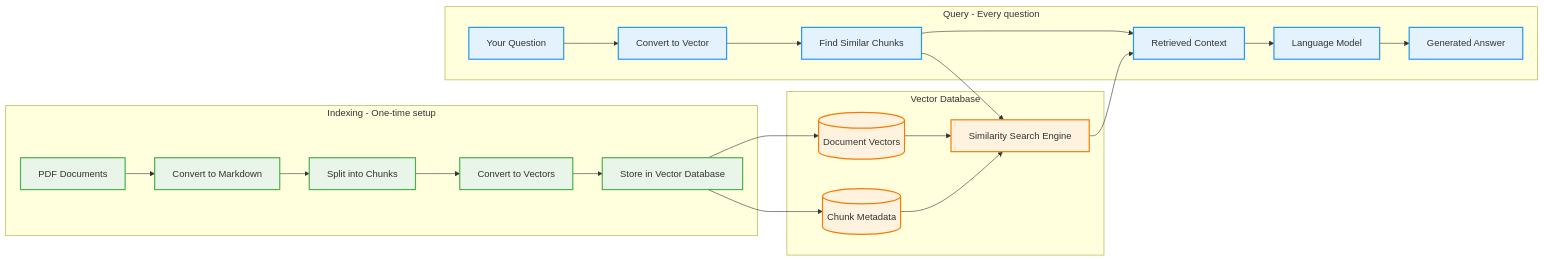
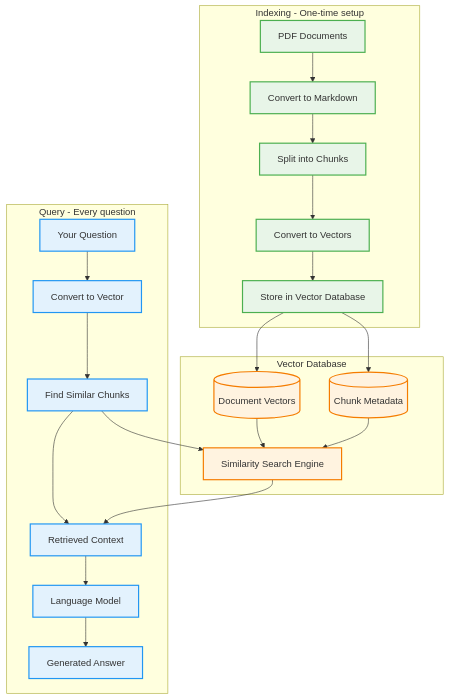
The diagram in README.md (GRJX/rag-chat), drawn with Mermaid before and after one commit. The commit also changed other lines of this file and 7 other files, not shown here.

````diff
--- a/README.md
+++ b/README.md
@@ -9,39 +9,39 @@
 ```mermaid
-flowchart LR
+flowchart TD
     subgraph INDEXING ["Indexing - One-time setup"]
         FILES[PDF Documents] --> MD[Convert to Markdown]
         MD --> CHUNK[Split into Chunks]
         CHUNK --> EMBED[Convert to Vectors]
         EMBED --> STORE[Store in Vector Database]
     end
 
     subgraph QUERY ["Query - Every question"]
         QUESTION[Your Question] --> QEMBED[Convert to Vector]
         QEMBED --> SEARCH[Find Similar Chunks]
         SEARCH --> CONTEXT[Retrieved Context]
         CONTEXT --> LLM[Language Model]
         LLM --> ANSWER[Generated Answer]
     end
 
     subgraph DATABASE ["Vector Database"]
         VECTORS[(Document Vectors)]
         METADATA[(Chunk Metadata)]
         SIMILARITY[Similarity Search Engine]
     end
 
     STORE --> VECTORS
     STORE --> METADATA
     VECTORS --> SIMILARITY
     METADATA --> SIMILARITY
     SEARCH --> SIMILARITY
     SIMILARITY --> CONTEXT
 
     %% Styling
     classDef indexPhase fill:#e8f5e8,stroke:#4caf50,stroke-width:2px
     classDef queryPhase fill:#e3f2fd,stroke:#2196f3,stroke-width:2px
     classDef dbPhase fill:#fff3e0,stroke:#f57c00,stroke-width:2px
 
     class FILES,MD,CHUNK,EMBED,STORE indexPhase
     class QUESTION,QEMBED,SEARCH,CONTEXT,LLM,ANSWER queryPhase
     class VECTORS,METADATA,SIMILARITY dbPhase
 ```
````
